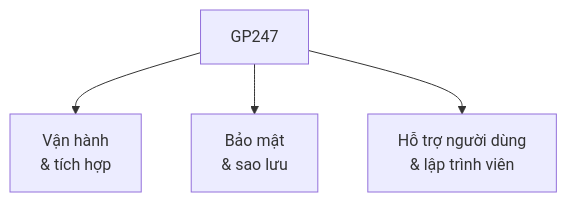
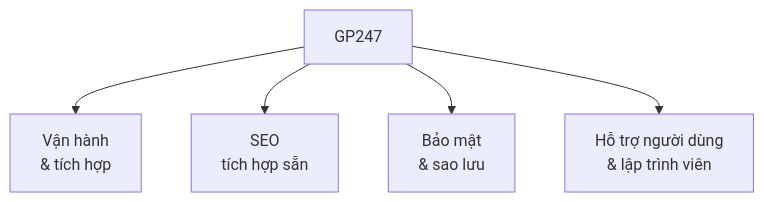
The first of 2 diagrams in about/gp247_vi.md (gp247-dev/gp247-docs), drawn with Mermaid before and after one commit. The commit also changed other lines of this file and 2 other files, not shown here.

First line of the commit message:
docs(about): introduce built-in SEO

````diff
--- a/about/gp247_vi.md
+++ b/about/gp247_vi.md
@@ -27,6 +29,7 @@
 ```mermaid
 flowchart TB
     G["GP247"] --> A["Vận hành<br/>& tích hợp"]
+    G --> D["SEO<br/>tích hợp sẵn"]
     G --> B["Bảo mật<br/>& sao lưu"]
     G --> C["Hỗ trợ người dùng<br/>& lập trình viên"]
 ```
````
